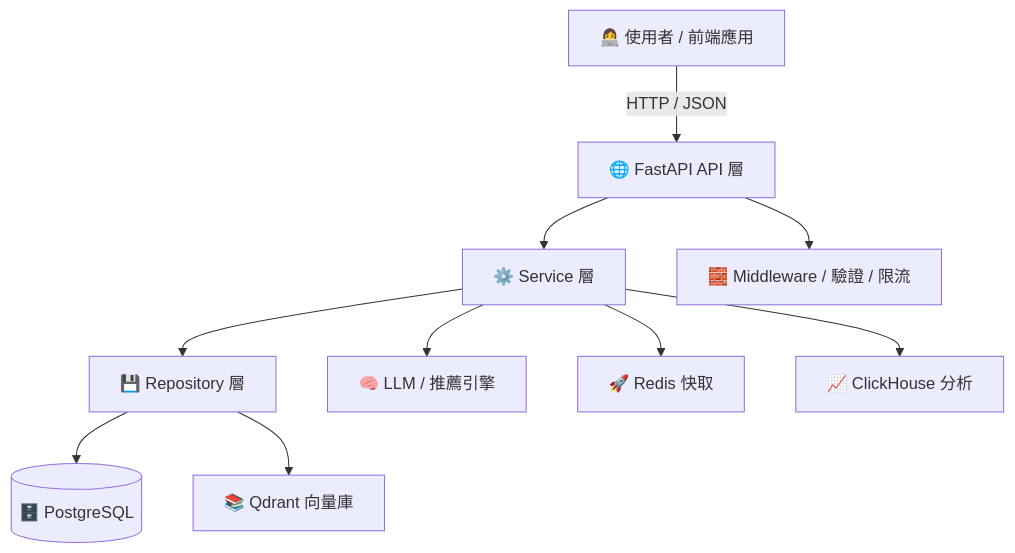
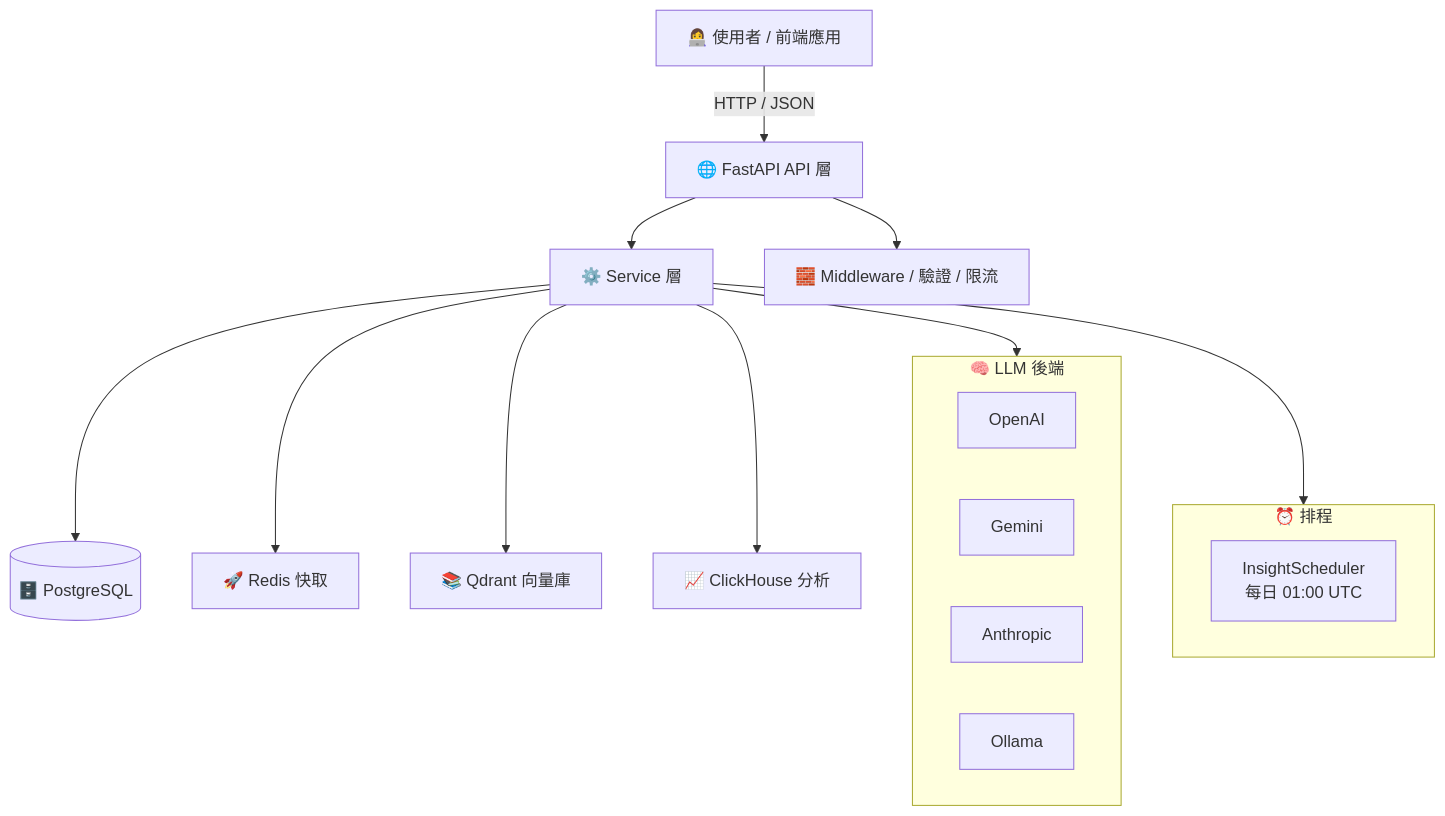
One commit to daodaoedu/daodao-ai-backend changed the diagram in Readme.md. Above: the diagram before and after it, drawn with Mermaid. The commit also changed other lines of this file and 3 other files, not shown here.

````diff
--- a/Readme.md
+++ b/Readme.md
@@ -20,12 +26,24 @@
 ```mermaid
 flowchart TD
     U[👩‍💻 使用者 / 前端應用] -->|HTTP / JSON| API[🌐 FastAPI API 層]
     API --> SVC[⚙️ Service 層]
     API --> MID[🧱 Middleware / 驗證 / 限流]
-    SVC --> Repo[💾 Repository 層]
-    SVC --> LLM[🧠 LLM / 推薦引擎]
+    SVC --> DB[(🗄️ PostgreSQL)]
     SVC --> Cache[🚀 Redis 快取]
-    Repo --> DB[(🗄️ PostgreSQL)]
-    Repo --> VecDB[📚 Qdrant 向量庫]
+    SVC --> LLM[🧠 LLM 多後端]
+    SVC --> VecDB[📚 Qdrant 向量庫]
     SVC --> CH[📈 ClickHouse 分析]
+
+    subgraph LLM[🧠 LLM 後端]
+        OAI[OpenAI]
+        GEM[Gemini]
+        ANT[Anthropic]
+        OLL[Ollama]
+    end
+
+    subgraph SCH[⏰ 排程]
+        IS[InsightScheduler<br>每日 01:00 UTC]
+    end
+
+    SVC --> SCH
 ```
````
